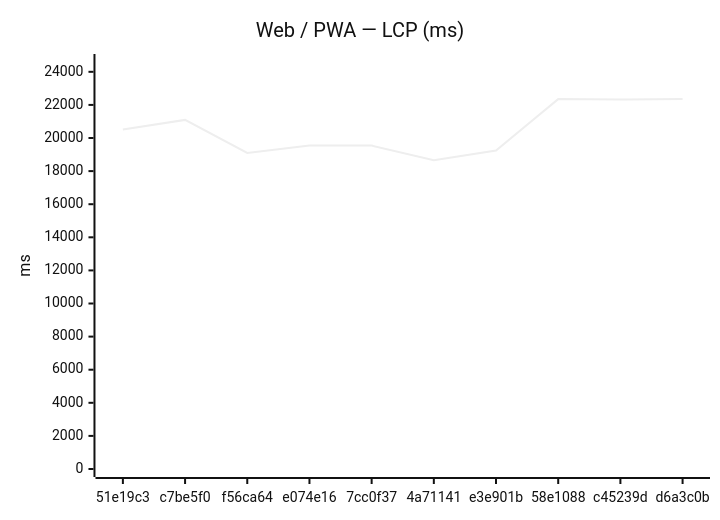
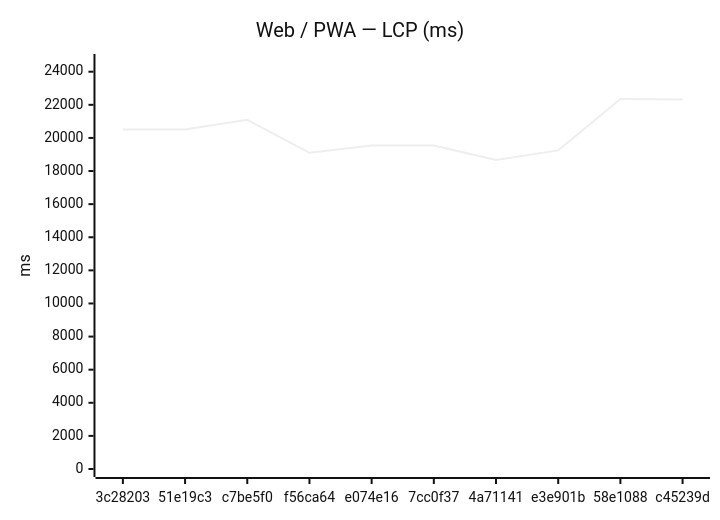
The first of 18 diagrams in benchmarks/compare.md (Metaheurist/Rianell), drawn with Mermaid (neutral theme) before and after one commit. The commit also changed other lines of this file and 11 other files, not shown here.

````diff
--- a/benchmarks/compare.md
+++ b/benchmarks/compare.md
@@ -24,7 +24,7 @@
 ```mermaid
 xychart-beta
     title "Web / PWA — LCP (ms)"
-    x-axis ["51e19c3", "c7be5f0", "f56ca64", "e074e16", "7cc0f37", "4a71141", "e3e901b", "58e1088", "c45239d", "d6a3c0b"]
-    y-axis "ms" 0 --> 24593
-    line [20509, 21095, 19101, 19549, 19542, 18663, 19248, 22351, 22326, 22357]
+    x-axis ["3c28203", "51e19c3", "c7be5f0", "f56ca64", "e074e16", "7cc0f37", "4a71141", "e3e901b", "58e1088", "c45239d"]
+    y-axis "ms" 0 --> 24587
+    line [20503, 20509, 21095, 19101, 19549, 19542, 18663, 19248, 22351, 22326]
 ```
````
